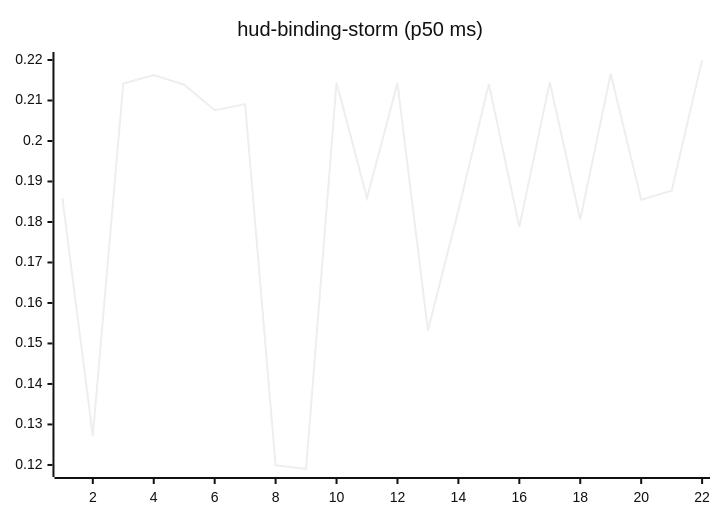
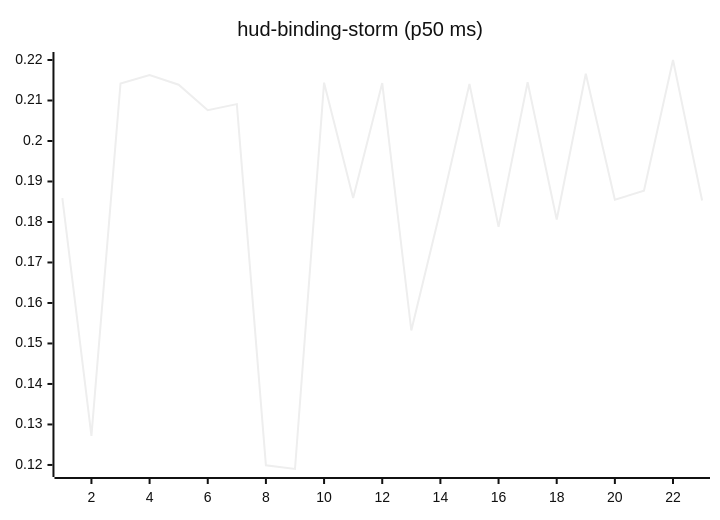
Before and after one commit to josha/Facet: the tenth of 27 diagrams in README.md, drawn with Mermaid (neutral theme). The commit also changed other lines of this file and 2 other files, not shown here.

````diff
--- a/README.md
+++ b/README.md
@@ -126,6 +126,6 @@
 ```mermaid
 xychart-beta
     title "hud-binding-storm (p50 ms)"
-    x-axis 1 --> 22
-    line [0.1859, 0.1272, 0.2142, 0.2163, 0.2139, 0.2076, 0.2091, 0.1199, 0.1190, 0.2144, 0.1859, 0.2143, 0.1532, 0.1829, 0.2141, 0.1788, 0.2145, 0.1806, 0.2166, 0.1855, 0.1877, 0.2200]
+    x-axis 1 --> 23
+    line [0.1859, 0.1272, 0.2142, 0.2163, 0.2139, 0.2076, 0.2091, 0.1199, 0.1190, 0.2144, 0.1859, 0.2143, 0.1532, 0.1829, 0.2141, 0.1788, 0.2145, 0.1806, 0.2166, 0.1855, 0.1877, 0.2200, 0.1853]
 ```
````
